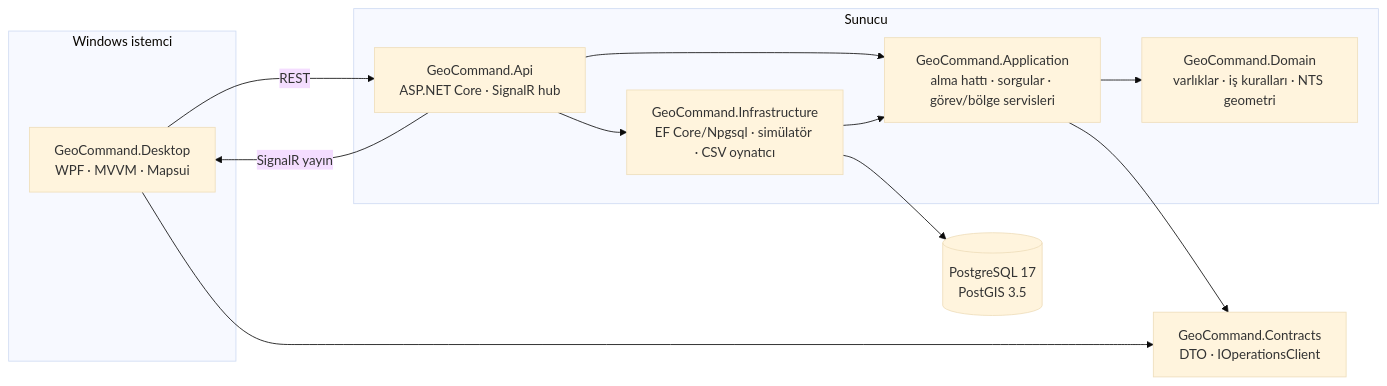
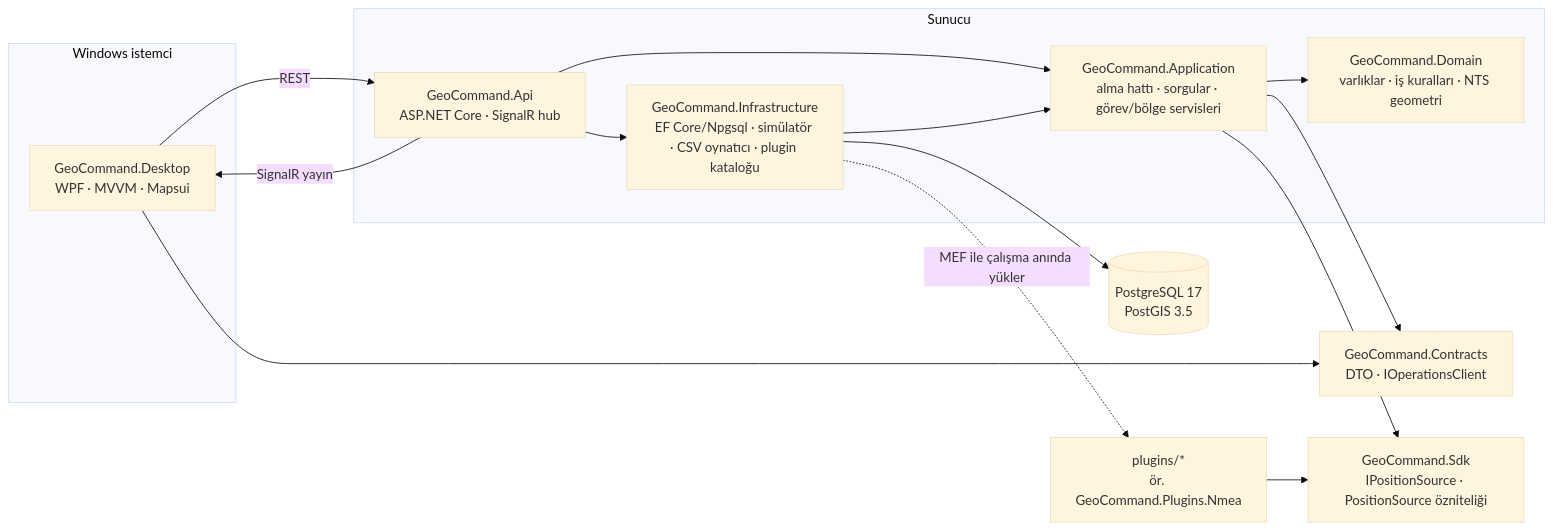
Before and after one commit to l4NGEL/GeoCommand: the first of 3 diagrams in README.md, drawn with Mermaid (base theme). The commit also changed other lines of this file and 42 other files, not shown here.

First line of the commit message:
Plugin mimarisi: MEF ile veri kaynagi eklentileri ve NMEA 0183 TCP kaynagi

````diff
--- a/README.md
+++ b/README.md
@@ -52,24 +55,29 @@
 ```mermaid
 flowchart LR
     subgraph Windows istemci
         D[GeoCommand.Desktop<br/>WPF · MVVM · Mapsui]
     end
     subgraph Sunucu
         A[GeoCommand.Api<br/>ASP.NET Core · SignalR hub]
         AP[GeoCommand.Application<br/>alma hattı · sorgular · görev/bölge servisleri]
         DO[GeoCommand.Domain<br/>varlıklar · iş kuralları · NTS geometri]
-        I[GeoCommand.Infrastructure<br/>EF Core/Npgsql · simülatör · CSV oynatıcı]
+        I[GeoCommand.Infrastructure<br/>EF Core/Npgsql · simülatör · CSV oynatıcı · plugin kataloğu]
     end
     C[GeoCommand.Contracts<br/>DTO · IOperationsClient]
+    SDK[GeoCommand.Sdk<br/>IPositionSource · PositionSource özniteliği]
+    PL[plugins/*<br/>ör. GeoCommand.Plugins.Nmea]
     DB[(PostgreSQL 17<br/>PostGIS 3.5)]
 
     D -- REST --> A
     A -- SignalR yayın --> D
     D --> C
     A --> AP
     A --> I
     AP --> DO
     AP --> C
     I --> AP
     I --> DB
+    AP --> SDK
+    PL --> SDK
+    I -. "MEF ile çalışma anında yükler" .-> PL
 ```
````
